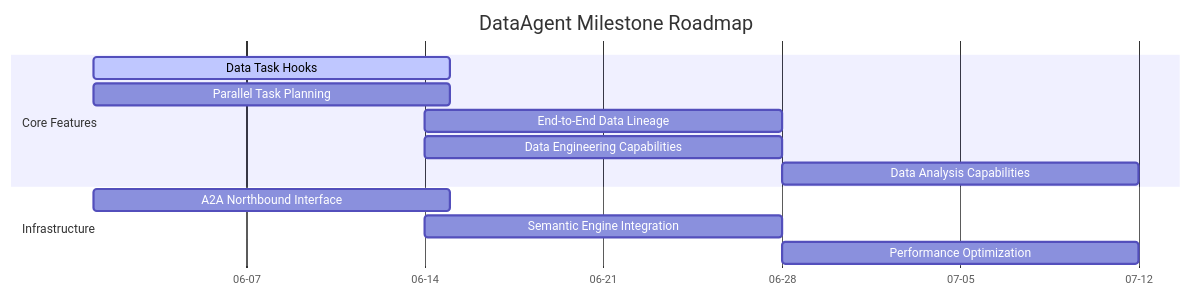
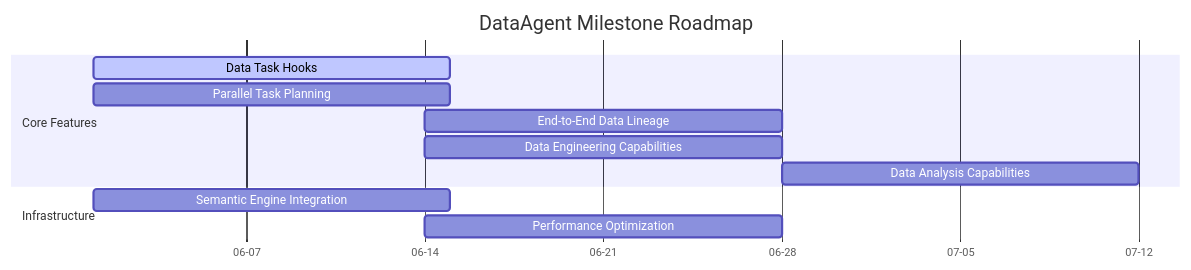
The diagram in docs/en/milestone/milestone.md (datagallery-ai/dataagent), drawn with Mermaid before and after one commit. The commit also changed other lines of this file and 499 other files, not shown here.

````diff
--- a/docs/en/milestone/milestone.md
+++ b/docs/en/milestone/milestone.md
@@ -22,18 +22,17 @@
 ```mermaid
 gantt
     title DataAgent Milestone Roadmap
     dateFormat  YYYY-MM-DD
     axisFormat  %m-%d
 
     section Core Features
     Data Task Hooks                :active, feat1, 2026-06-01, 14d
     Parallel Task Planning         :feat2, 2026-06-01, 14d
     End-to-End Data Lineage        :feat3, 2026-06-14, 14d
     Data Engineering Capabilities  :feat4, 2026-06-14, 14d
     Data Analysis Capabilities     :feat5, 2026-06-28, 14d
 
     section Infrastructure
-    A2A Northbound Interface       :enhance1, 2026-06-01, 14d
-    Semantic Engine Integration    :enhance2, 2026-06-14, 14d
-    Performance Optimization       :enhance3, 2026-06-28, 14d
+    Semantic Engine Integration    :enhance1, 2026-06-01, 14d
+    Performance Optimization       :enhance2, 2026-06-14, 14d
 ```
````
